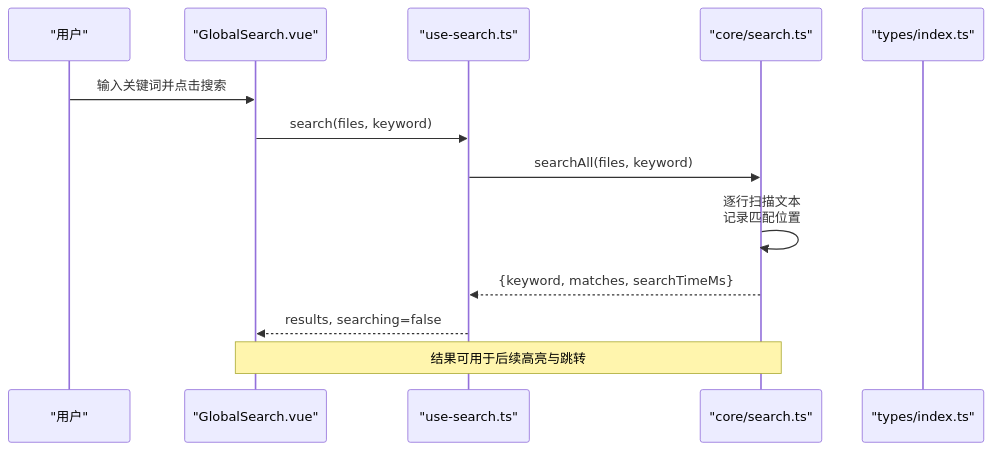
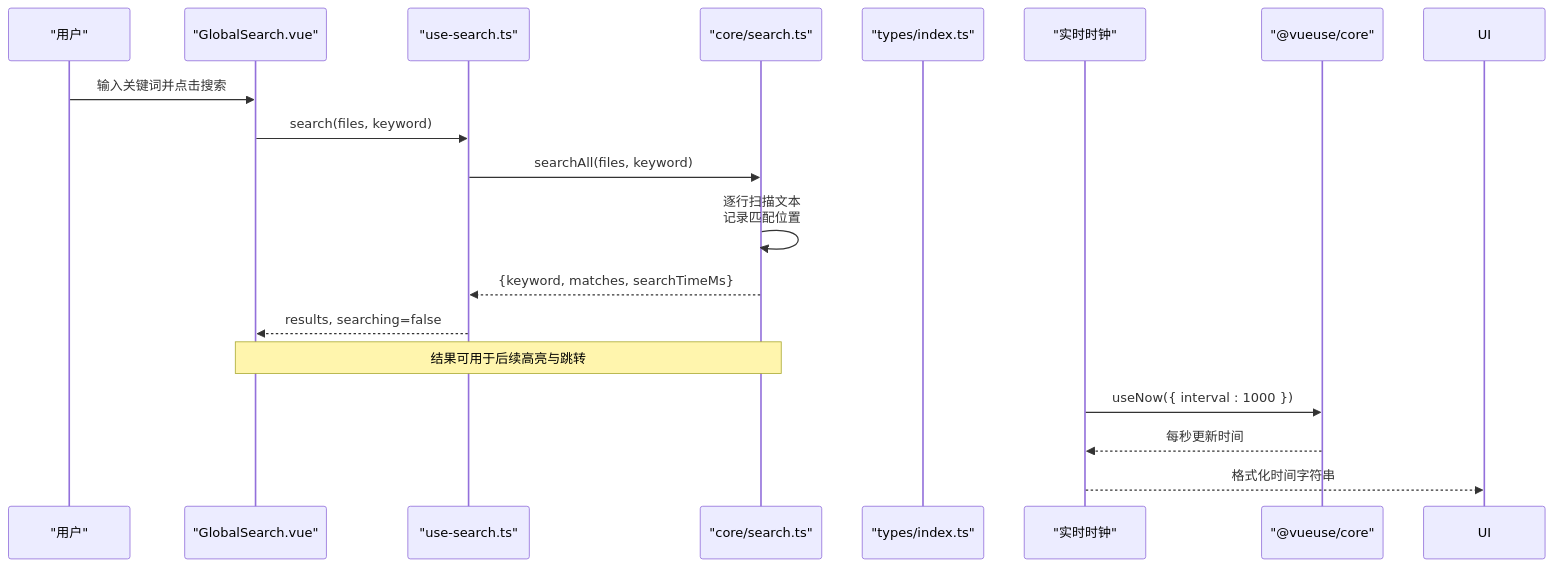
Before and after one commit to taoweidong/Hello-Tauri: the second of 7 diagrams in .qoder/repowiki/zh/content/用户界面/核心组件/公共栏组件.md, drawn with Mermaid. The commit also changed other lines of this file and 119 other files, not shown here.

````diff
--- a/.qoder/repowiki/zh/content/用户界面/核心组件/公共栏组件.md
+++ b/.qoder/repowiki/zh/content/用户界面/核心组件/公共栏组件.md
@@ -89,15 +94,20 @@
 ```mermaid
 sequenceDiagram
 participant U as "用户"
 participant GS as "GlobalSearch.vue"
 participant US as "use-search.ts"
 participant SS as "core/search.ts"
 participant T as "types/index.ts"
+participant CLK as "实时时钟"
+participant VU as "@vueuse/core"
 U->>GS : 输入关键词并点击搜索
 GS->>US : search(files, keyword)
 US->>SS : searchAll(files, keyword)
 SS->>SS : 逐行扫描文本<br/>记录匹配位置
 SS-->>US : {keyword, matches, searchTimeMs}
 US-->>GS : results, searching=false
 Note over GS,SS : 结果可用于后续高亮与跳转
+CLK->>VU : useNow({ interval : 1000 })
+VU-->>CLK : 每秒更新时间
+CLK-->>UI : 格式化时间字符串
 ```
````
